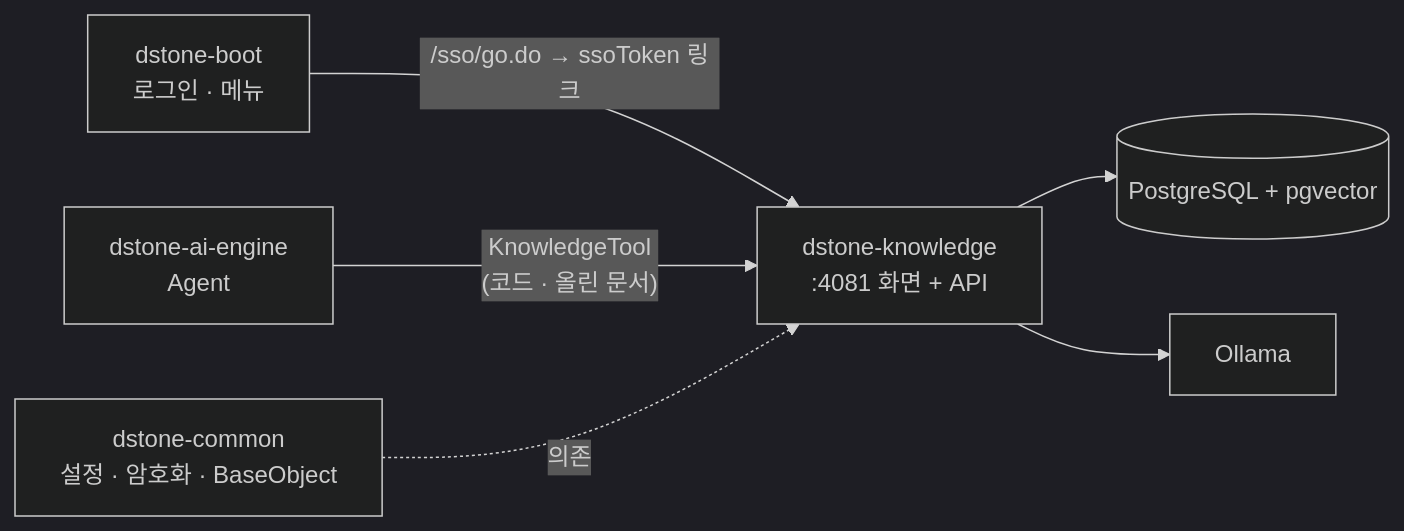
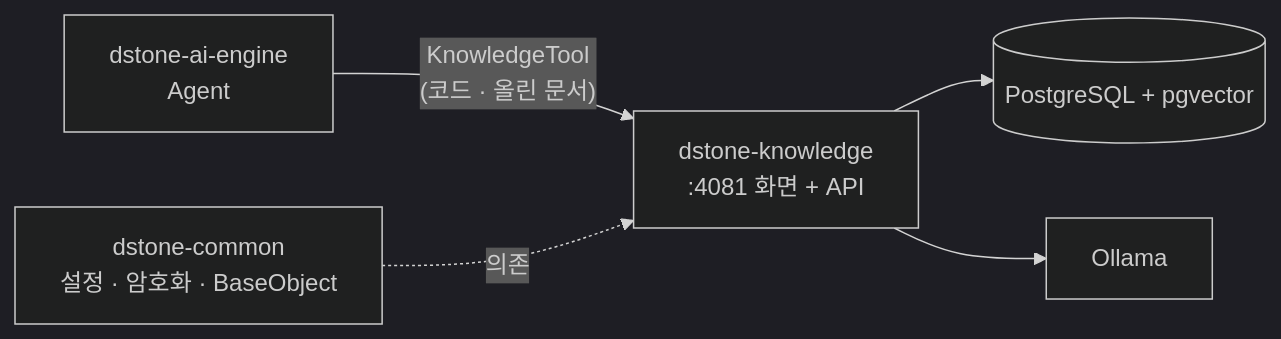
One commit to YongSoekChoeng/dstone changed diagram 16 of 16 in docs/11.dstone-knowledge.md. Above: the diagram before and after it, drawn with Mermaid (dark theme). The commit also changed other lines of this file and 6 other files, not shown here.

First line of the commit message:
docs: 자체 로그인·사용자 관리·프로젝트 관리 반영, dstone-boot SSO 설명 정리

````diff
--- a/docs/11.dstone-knowledge.md
+++ b/docs/11.dstone-knowledge.md
@@ -951,8 +951,7 @@
 ```mermaid
 flowchart LR
-    BOOT["dstone-boot<br/>로그인 · 메뉴"] -->|"/sso/go.do → ssoToken 링크"| K["dstone-knowledge<br/>:4081 화면 + API"]
-    AI["dstone-ai-engine<br/>Agent"] -->|"KnowledgeTool<br/>(코드 · 올린 문서)"| K
+    AI["dstone-ai-engine<br/>Agent"] -->|"KnowledgeTool<br/>(코드 · 올린 문서)"| K["dstone-knowledge<br/>:4081 화면 + API"]
     K --> PG[("PostgreSQL + pgvector")]
     K --> OL["Ollama"]
     COMMON["dstone-common<br/>설정 · 암호화 · BaseObject"] -.->|의존| K
 ```
````
